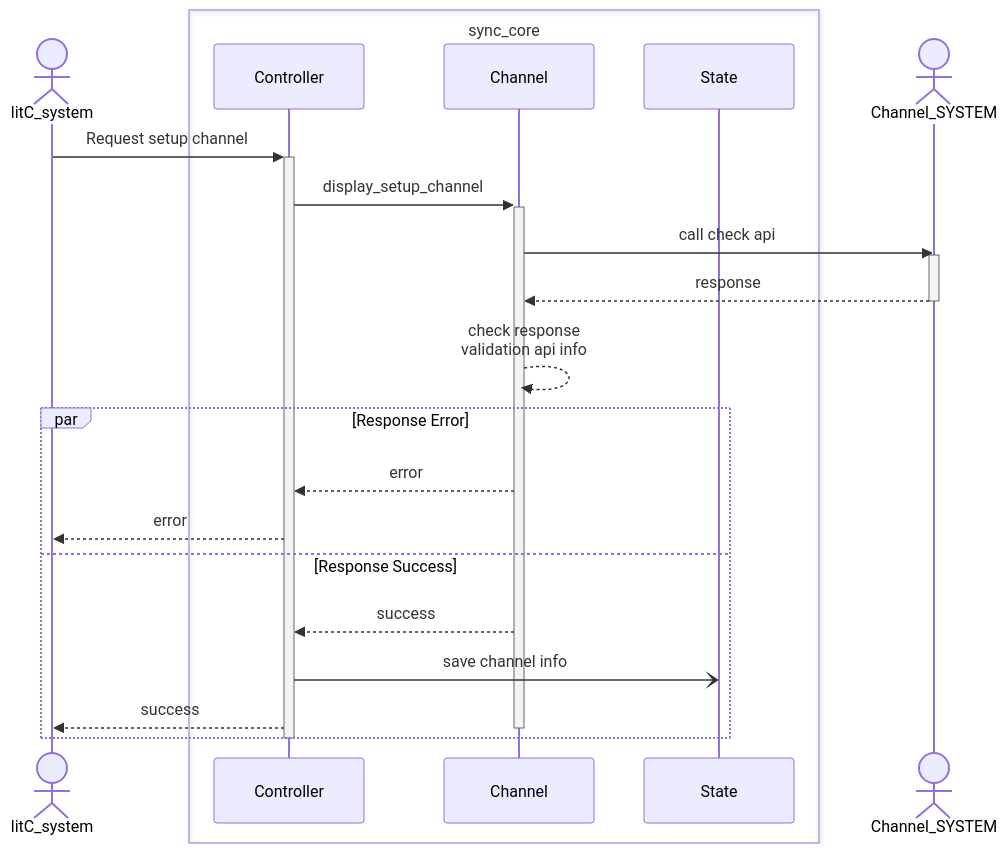
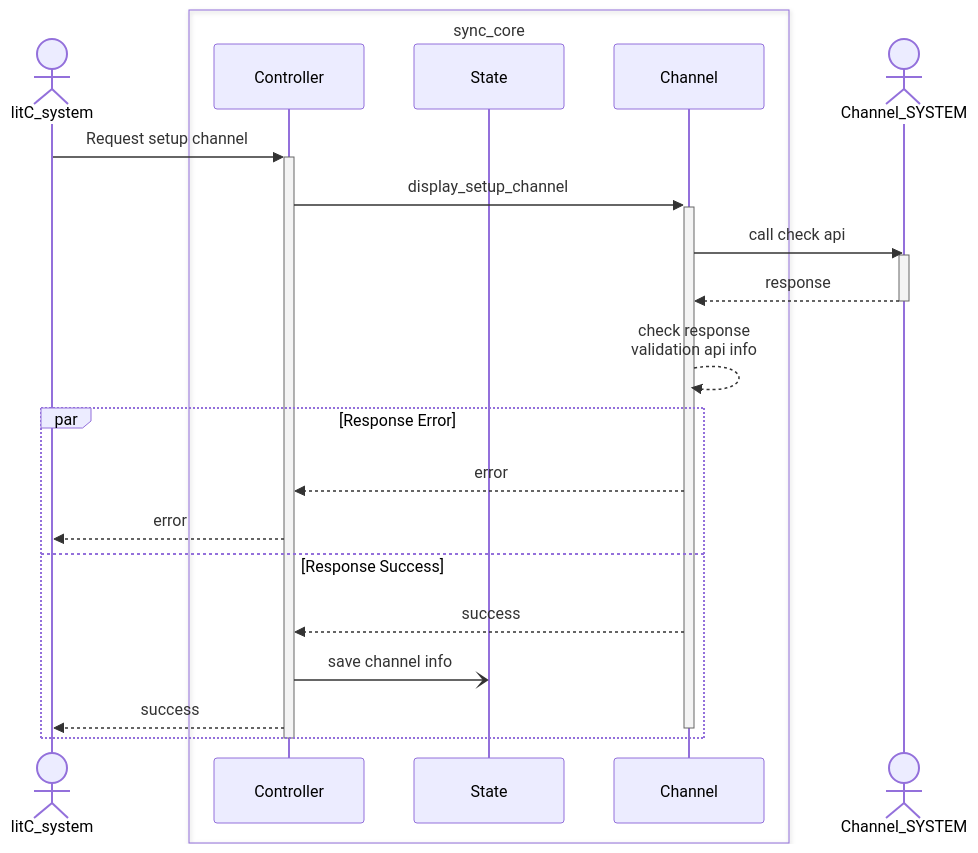
One commit to WuzenLiz/markdown changed the third of 9 diagrams in pseudoAllFunction.md. Above: the diagram before and after it, drawn with Mermaid. The commit also changed other lines of this file, not shown here.

Commit message:
update graph pull

````diff
--- a/pseudoAllFunction.md
+++ b/pseudoAllFunction.md
@@ -38,27 +38,27 @@
 ```mermaid
 sequenceDiagram
     Actor A as litC_system
     box sync_core
         participant B as Controller
+        participant D as State
         participant C as Channel
-        participant D as State
     end
     ACTOR E as Channel_SYSTEM
     A->>+B:Request setup channel
     B->>+C:display_setup_channel
     C->>E:call check api
     activate E
     E-->>C:response
     deactivate E
     C-->>C:check response<br>validation api info
     par Response Error
         C-->>B:error
         B-->>A:error
     and Response Success
         C-->>B:success
         B-)D:save channel info
         B-->>A:success
         deactivate C
     end
     deactivate B
 ```
````
